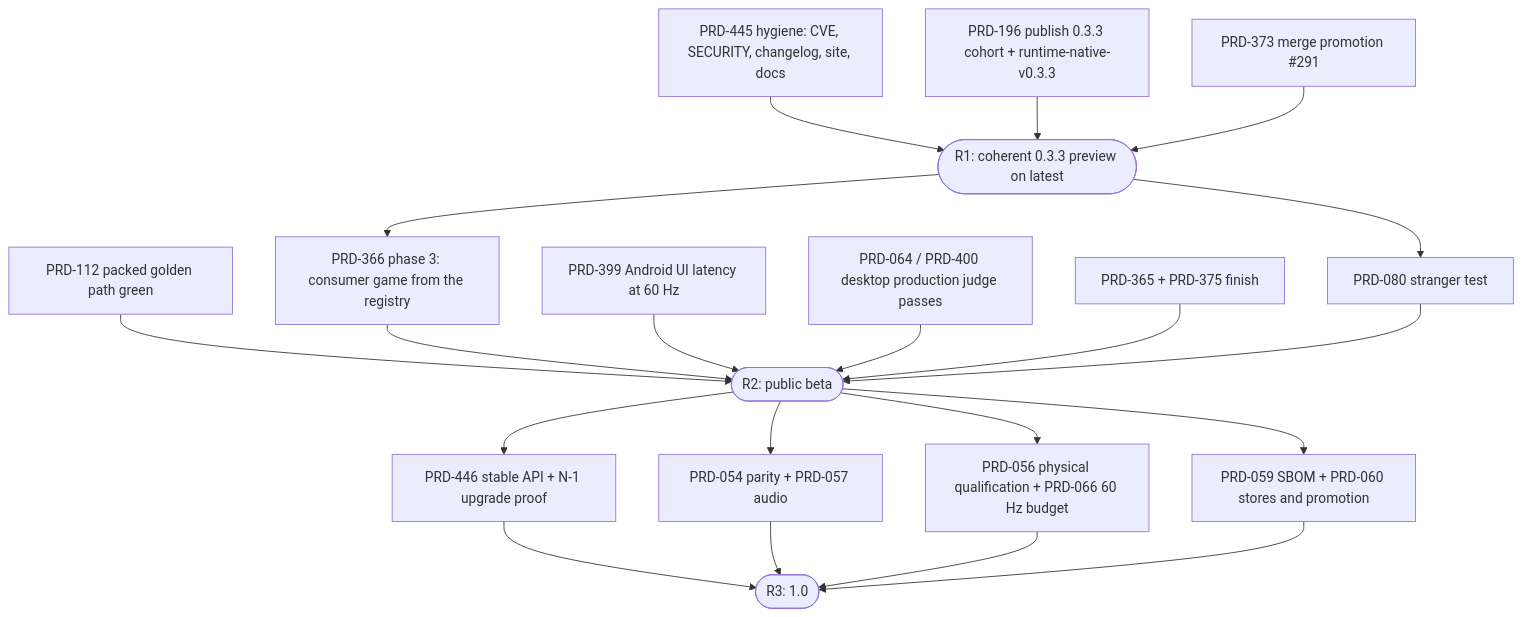
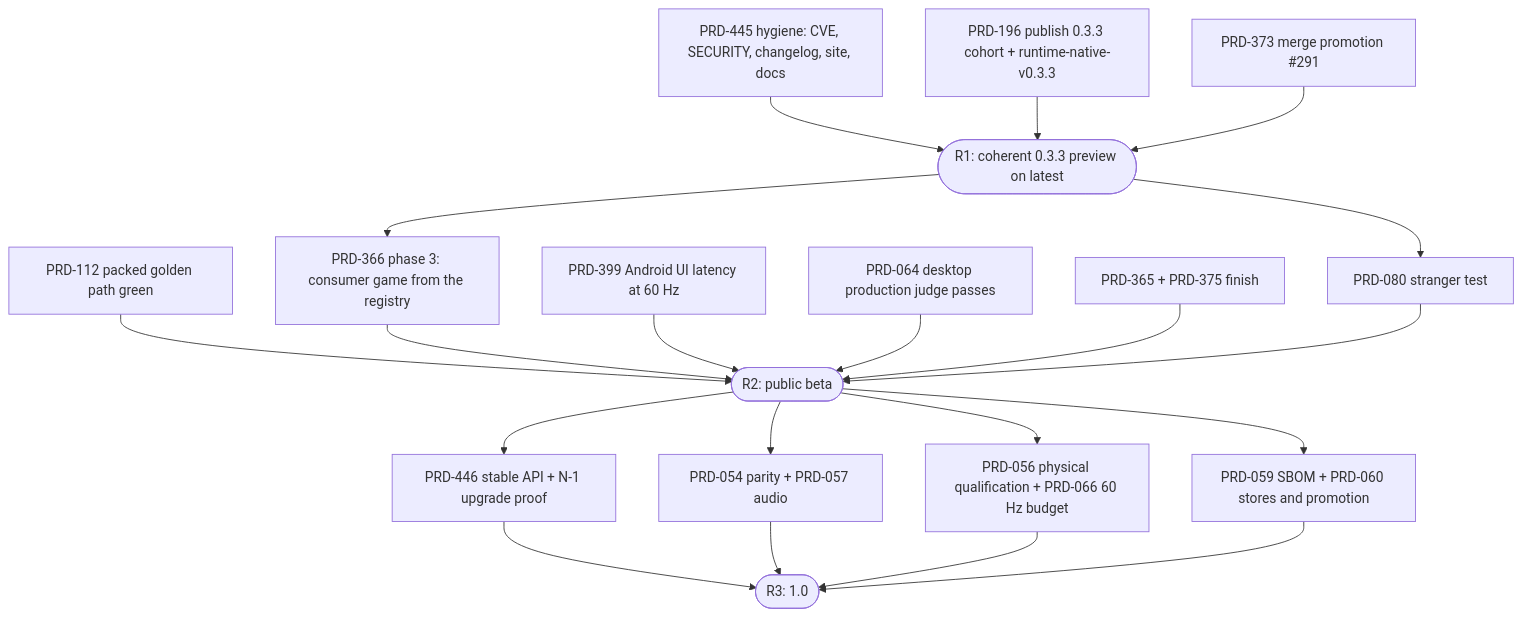
One commit to ThreeNativeHQ/threenative changed the diagram in docs/PRDs/production-readiness/RELEASE-READINESS-2026-09-23.md. Above: the diagram before and after it, drawn with Mermaid. The commit also changed other lines of this file and 39 other files, not shown here.

````diff
--- a/docs/PRDs/production-readiness/RELEASE-READINESS-2026-09-23.md
+++ b/docs/PRDs/production-readiness/RELEASE-READINESS-2026-09-23.md
@@ -131,24 +131,24 @@
 ```mermaid
 flowchart TD
     H[PRD-445 hygiene: CVE, SECURITY, changelog, site, docs] --> R1
     C[PRD-196 publish 0.3.3 cohort + runtime-native-v0.3.3] --> R1
     P[PRD-373 merge promotion #291] --> R1
     R1([R1: coherent 0.3.3 preview on latest])
     R1 --> Q[PRD-366 phase 3: consumer game from the registry]
     R1 --> S[PRD-080 stranger test]
     G[PRD-112 packed golden path green] --> R2
     Q --> R2
     L[PRD-399 Android UI latency at 60 Hz] --> R2
-    J[PRD-064 / PRD-400 desktop production judge passes] --> R2
+    J[PRD-064 desktop production judge passes] --> R2
     D[PRD-365 + PRD-375 finish] --> R2
     S --> R2
     R2([R2: public beta])
     R2 --> A[PRD-446 stable API + N-1 upgrade proof]
     R2 --> W[PRD-054 parity + PRD-057 audio]
     R2 --> M[PRD-056 physical qualification + PRD-066 60 Hz budget]
     R2 --> X[PRD-059 SBOM + PRD-060 stores and promotion]
     A --> V([R3: 1.0])
     W --> V
     M --> V
     X --> V
 ```
````
